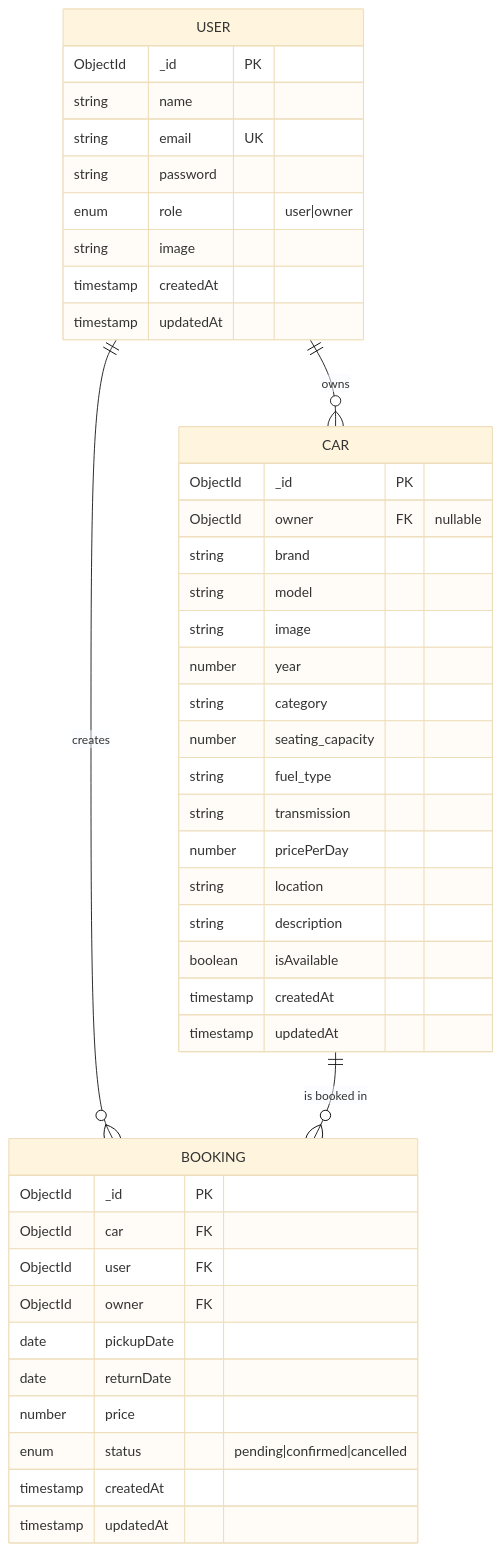
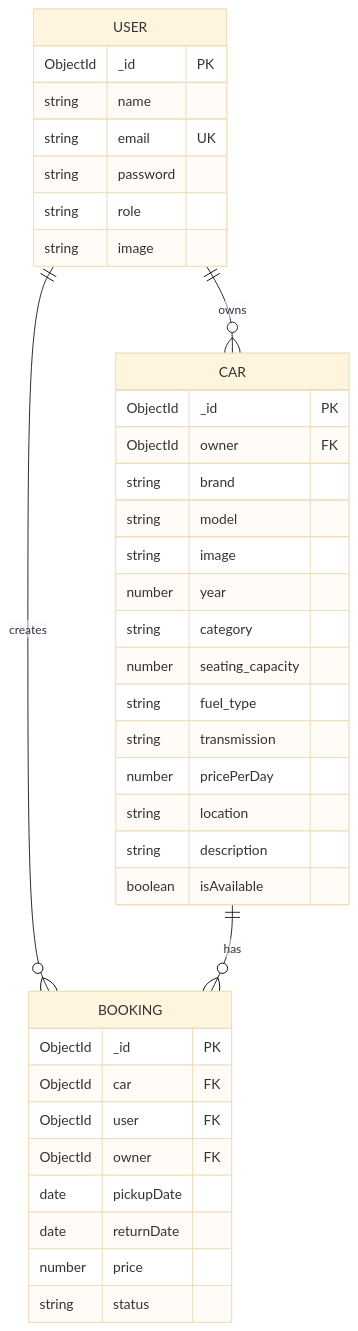
The third of 3 diagrams in README.md (VIKRAMANR7/SmartWheelz), drawn with Mermaid (base theme) before and after one commit. The commit also changed other lines of this file and 46 other files, not shown here.

````diff
--- a/README.md
+++ b/README.md
@@ -162,49 +85,43 @@
 ```mermaid
 erDiagram
     USER ||--o{ BOOKING : creates
     USER ||--o{ CAR : owns
-    CAR ||--o{ BOOKING : "is booked in"
+    CAR ||--o{ BOOKING : has
 
     USER {
         ObjectId _id PK
         string name
         string email UK
         string password
-        enum role "user|owner"
+        string role
         string image
-        timestamp createdAt
-        timestamp updatedAt
     }
 
     CAR {
         ObjectId _id PK
-        ObjectId owner FK "nullable"
+        ObjectId owner FK
         string brand
         string model
         string image
         number year
         string category
         number seating_capacity
         string fuel_type
         string transmission
         number pricePerDay
         string location
         string description
         boolean isAvailable
-        timestamp createdAt
-        timestamp updatedAt
     }
 
     BOOKING {
         ObjectId _id PK
         ObjectId car FK
         ObjectId user FK
         ObjectId owner FK
         date pickupDate
         date returnDate
         number price
-        enum status "pending|confirmed|cancelled"
-        timestamp createdAt
-        timestamp updatedAt
+        string status
     }
 ```
````
